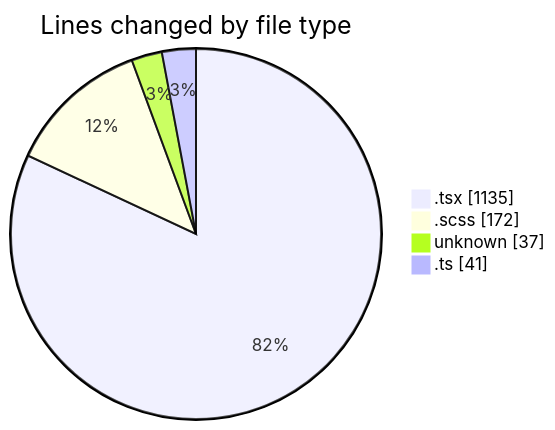
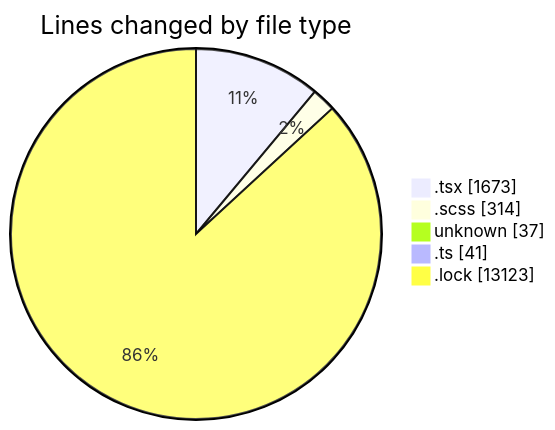
One commit to momahboobian/code-tracking changed the first of 2 diagrams in 2025-09-16/cda/README.md. Above: the diagram before and after it, drawn with Mermaid. The commit also changed other lines of this file and 1 other file, not shown here.

````diff
--- a/2025-09-16/cda/README.md
+++ b/2025-09-16/cda/README.md
@@ -28,8 +29,9 @@
 ```mermaid
 pie showData
 title Lines changed by file type
-".tsx" : 1135
-".scss" : 172
+".tsx" : 1673
+".scss" : 314
 "unknown" : 37
 ".ts" : 41
+".lock" : 13123
 ```
````
